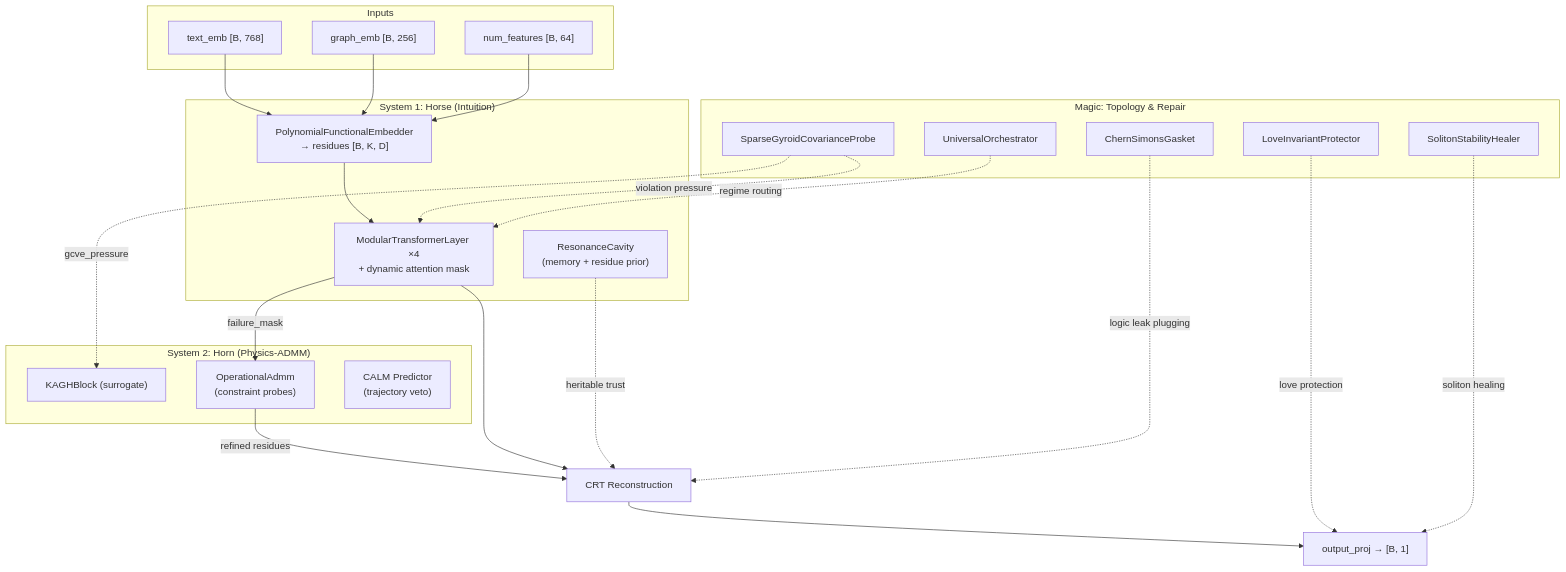
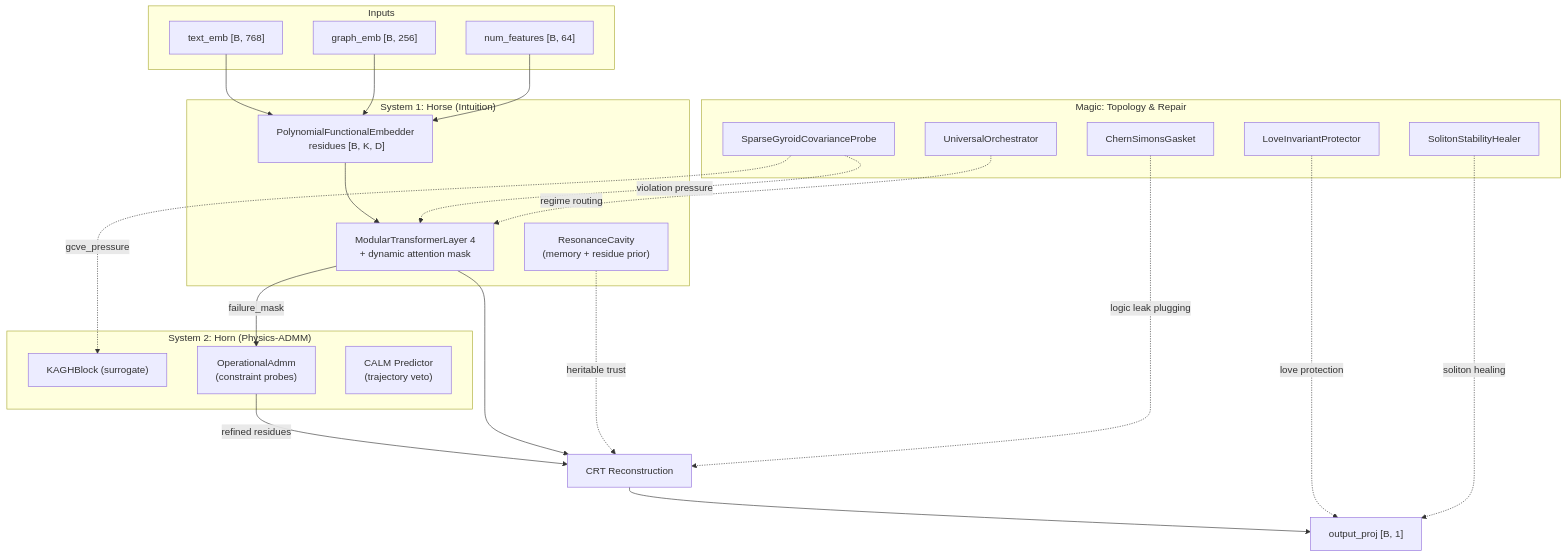
Before and after one commit to ZenoNex/Gyroidic-Sparse-Covariance-Flux-Reasoner: the diagram in docs/GYROID_REASONER.md, drawn with Mermaid. The commit also changed other lines of this file, not shown here.

````diff
--- a/docs/GYROID_REASONER.md
+++ b/docs/GYROID_REASONER.md
@@ -12,43 +12,43 @@
 ```mermaid
 graph TB
     subgraph "Inputs"
         T["text_emb [B, 768]"]
         G["graph_emb [B, 256]"]
         N["num_features [B, 64]"]
     end
 
     subgraph "System 1: Horse (Intuition)"
-        EMB["PolynomialFunctionalEmbedder<br/>→ residues [B, K, D]"]
-        TF["ModularTransformerLayer ×4<br/>+ dynamic attention mask"]
+        EMB["PolynomialFunctionalEmbedder<br/> residues [B, K, D]"]
+        TF["ModularTransformerLayer 4<br/>+ dynamic attention mask"]
         RC["ResonanceCavity<br/>(memory + residue prior)"]
     end
 
     subgraph "System 2: Horn (Physics-ADMM)"
         KAGH["KAGHBlock (surrogate)"]
         ADMM["OperationalAdmm<br/>(constraint probes)"]
         CALM["CALM Predictor<br/>(trajectory veto)"]
     end
 
     subgraph "Magic: Topology & Repair"
         GCVE["SparseGyroidCovarianceProbe"]
         ORCH["UniversalOrchestrator"]
         CS["ChernSimonsGasket"]
         SOL["SolitonStabilityHealer"]
         LOVE["LoveInvariantProtector"]
     end
 
     T & G & N --> EMB
     EMB --> TF
     TF --> |"failure_mask"| ADMM
     ADMM --> |"refined residues"| CRT["CRT Reconstruction"]
     TF --> CRT
-    CRT --> OUT["output_proj → [B, 1]"]
+    CRT --> OUT["output_proj  [B, 1]"]
 
     GCVE -.-> |"violation pressure"| TF
     GCVE -.-> |"gcve_pressure"| KAGH
     ORCH -.-> |"regime routing"| TF
     RC -.-> |"heritable trust"| CRT
     CS -.-> |"logic leak plugging"| CRT
     LOVE -.-> |"love protection"| OUT
     SOL -.-> |"soliton healing"| OUT
 ```
````
